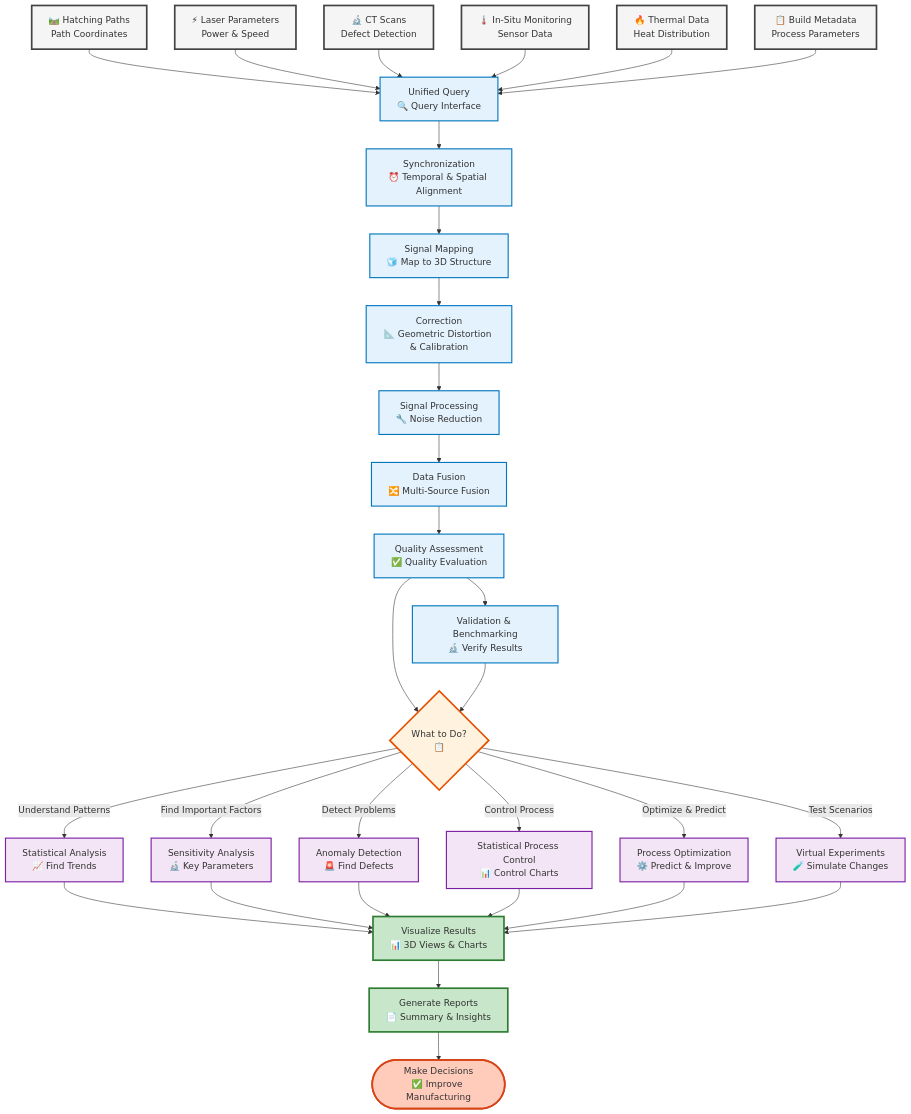
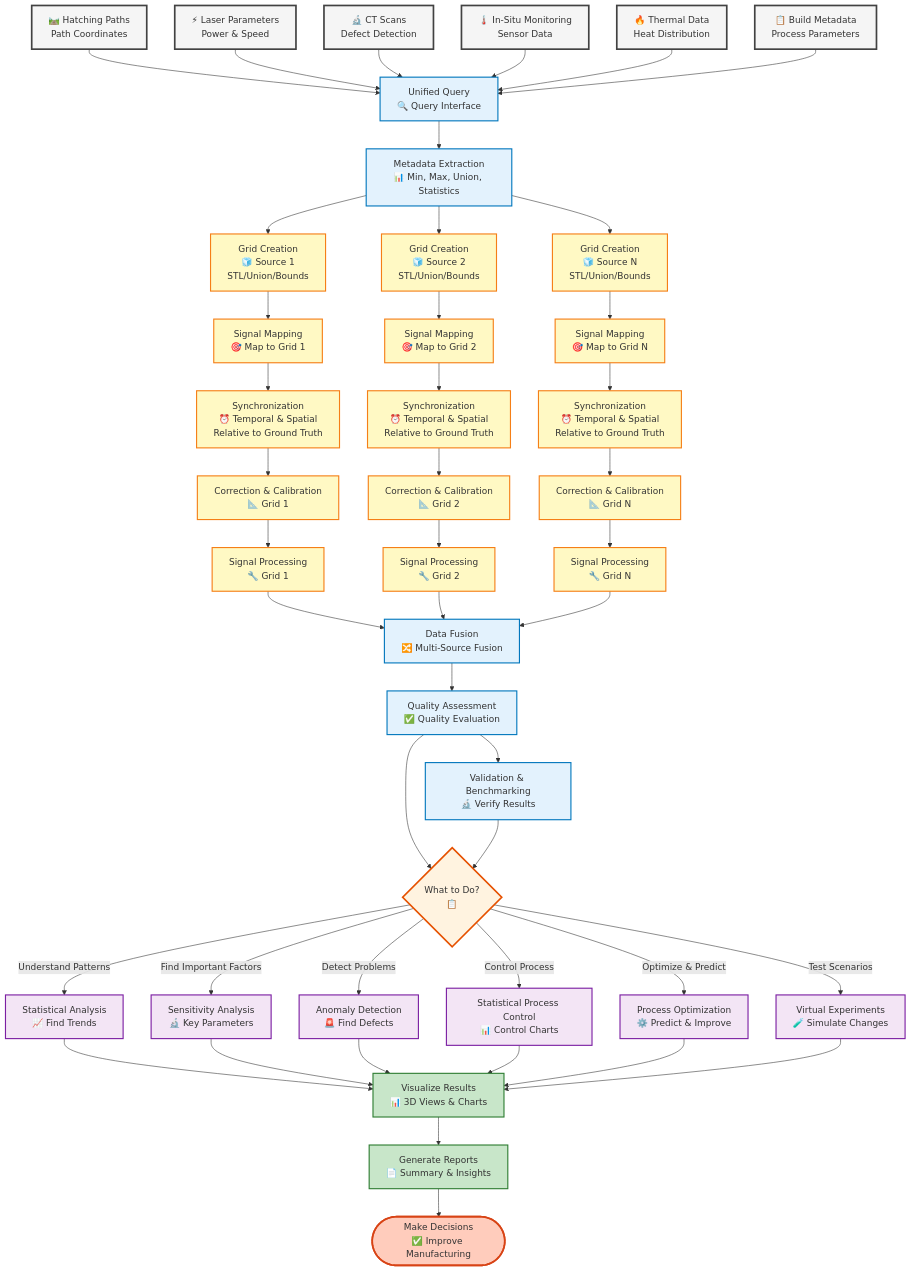
Before and after one commit to kanhaiya-gupta/AM-QADF: the diagram in README.md, drawn with Mermaid. The commit also changed other lines of this file and 99 other files, not shown here.

````diff
--- a/README.md
+++ b/README.md
@@ -10,59 +10,77 @@
 ```mermaid
 flowchart TD
     Hatching["🛤️ Hatching Paths<br/>Path Coordinates"] --> Query["Unified Query<br/>🔍 Query Interface"]
     Laser["⚡ Laser Parameters<br/>Power & Speed"] --> Query
     CT["🔬 CT Scans<br/>Defect Detection"] --> Query
     ISPM["🌡️ In-Situ Monitoring<br/>Sensor Data"] --> Query
     Thermal["🔥 Thermal Data<br/>Heat Distribution"] --> Query
     Metadata["📋 Build Metadata<br/>Process Parameters"] --> Query
     
-    Query --> Sync["Synchronization<br/>⏰ Temporal & Spatial Alignment"]
+    Query --> MetadataExtract["Metadata Extraction<br/>📊 Min, Max, Union, Statistics"]
     
-    Sync --> SignalMap["Signal Mapping<br/>🧊 Map to 3D Structure"]
+    MetadataExtract --> Grid1["Grid Creation<br/>🧊 Source 1<br/>STL/Union/Bounds"]
+    MetadataExtract --> Grid2["Grid Creation<br/>🧊 Source 2<br/>STL/Union/Bounds"]
+    MetadataExtract --> Grid3["Grid Creation<br/>🧊 Source N<br/>STL/Union/Bounds"]
     
-    SignalMap --> Correction["Correction<br/>📐 Geometric Distortion & Calibration"]
+    Grid1 --> Map1["Signal Mapping<br/>🎯 Map to Grid 1"]
+    Grid2 --> Map2["Signal Mapping<br/>🎯 Map to Grid 2"]
+    Grid3 --> Map3["Signal Mapping<br/>🎯 Map to Grid N"]
     
-    Correction --> Processing["Signal Processing<br/>🔧 Noise Reduction"]
+    Map1 --> Sync1["Synchronization<br/>⏰ Temporal & Spatial<br/>Relative to Ground Truth"]
+    Map2 --> Sync2["Synchronization<br/>⏰ Temporal & Spatial<br/>Relative to Ground Truth"]
+    Map3 --> Sync3["Synchronization<br/>⏰ Temporal & Spatial<br/>Relative to Ground Truth"]
     
-    Processing --> Fusion["Data Fusion<br/>🔀 Multi-Source Fusion"]
+    Sync1 --> Correct1["Correction & Calibration<br/>📐 Grid 1"]
+    Sync2 --> Correct2["Correction & Calibration<br/>📐 Grid 2"]
+    Sync3 --> Correct3["Correction & Calibration<br/>📐 Grid N"]
+    
+    Correct1 --> Process1["Signal Processing<br/>🔧 Grid 1"]
+    Correct2 --> Process2["Signal Processing<br/>🔧 Grid 2"]
+    Correct3 --> Process3["Signal Processing<br/>🔧 Grid N"]
+    
+    Process1 --> Fusion["Data Fusion<br/>🔀 Multi-Source Fusion"]
+    Process2 --> Fusion
+    Process3 --> Fusion
     
     Fusion --> Quality["Quality Assessment<br/>✅ Quality Evaluation"]
     
     Quality --> Validate["Validation & Benchmarking<br/>🔬 Verify Results"]
     Quality --> Analyze{"What to Do?<br/>📋"}
     
     Validate --> Analyze
     
     Analyze -->|Understand Patterns| Stats["Statistical Analysis<br/>📈 Find Trends"]
     Analyze -->|Find Important Factors| Sensitivity["Sensitivity Analysis<br/>🔬 Key Parameters"]
     Analyze -->|Detect Problems| Anomaly["Anomaly Detection<br/>🚨 Find Defects"]
     Analyze -->|Control Process| SPC["Statistical Process Control<br/>📊 Control Charts"]
     Analyze -->|Optimize & Predict| Process["Process Optimization<br/>⚙️ Predict & Improve"]
     Analyze -->|Test Scenarios| Virtual["Virtual Experiments<br/>🧪 Simulate Changes"]
     
     Stats --> Visualize["Visualize Results<br/>📊 3D Views & Charts"]
     Sensitivity --> Visualize
     Anomaly --> Visualize
     SPC --> Visualize
     Process --> Visualize
     Virtual --> Visualize
     
     Visualize --> Report["Generate Reports<br/>📄 Summary & Insights"]
     
     Report --> Decision([Make Decisions<br/>✅ Improve Manufacturing])
     
     %% Styling
     classDef input fill:#f5f5f5,stroke:#424242,stroke-width:3px
     classDef process fill:#e3f2fd,stroke:#0277bd,stroke-width:2px
+    classDef parallel fill:#fff9c4,stroke:#f57f17,stroke-width:2px
     classDef decision fill:#fff3e0,stroke:#e65100,stroke-width:3px
     classDef analysis fill:#f3e5f5,stroke:#7b1fa2,stroke-width:2px
-    classDef output fill:#c8e6c9,stroke:#2e7d32,stroke-width:3px
+    classDef output fill:#c8e6c9,stroke:#2e7d32,stroke-width:2px
     classDef action fill:#ffccbc,stroke:#d84315,stroke-width:3px
     
     class Hatching,Laser,CT,ISPM,Thermal,Metadata input
-    class Query,Sync,SignalMap,Correction,Processing,Fusion,Quality,Validate process
+    class Query,MetadataExtract,Fusion,Quality,Validate process
+    class Grid1,Grid2,Grid3,Map1,Map2,Map3,Sync1,Sync2,Sync3,Correct1,Correct2,Correct3,Process1,Process2,Process3 parallel
     class Analyze decision
     class Stats,Sensitivity,Anomaly,SPC,Process,Virtual analysis
     class Visualize,Report output
     class Decision action
 ```
````
